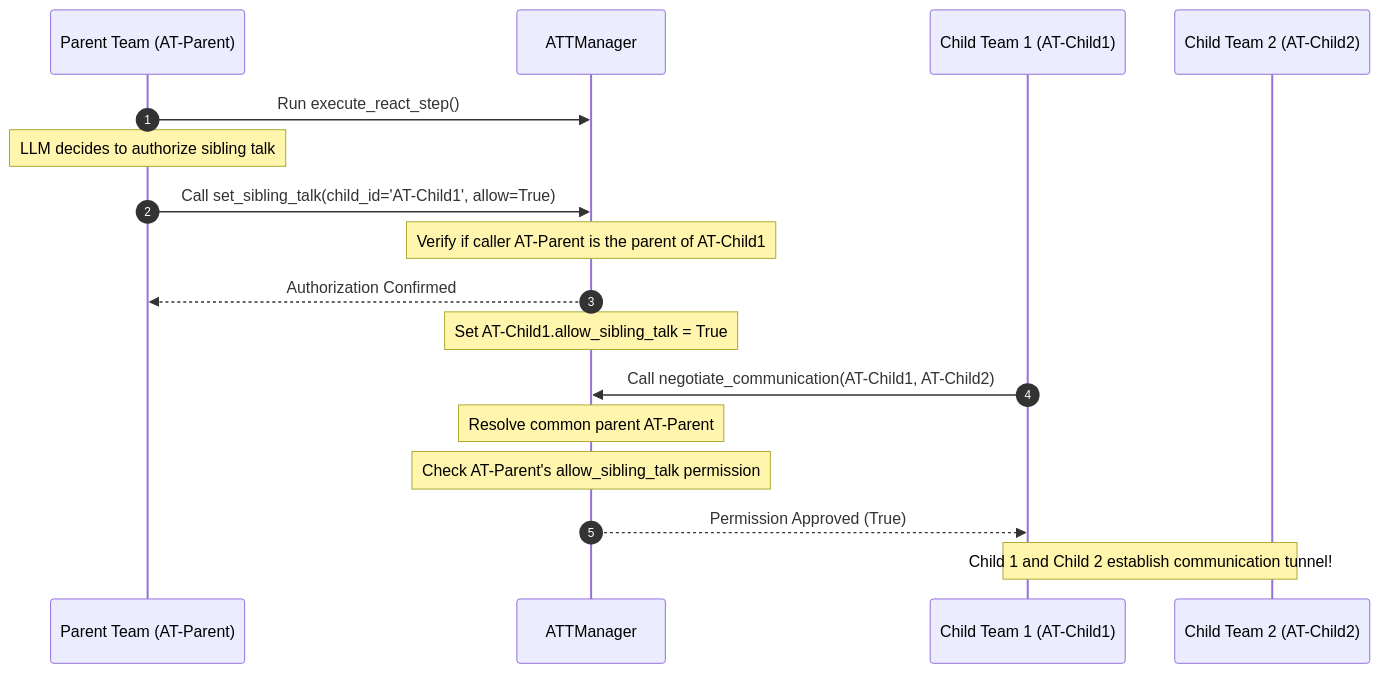
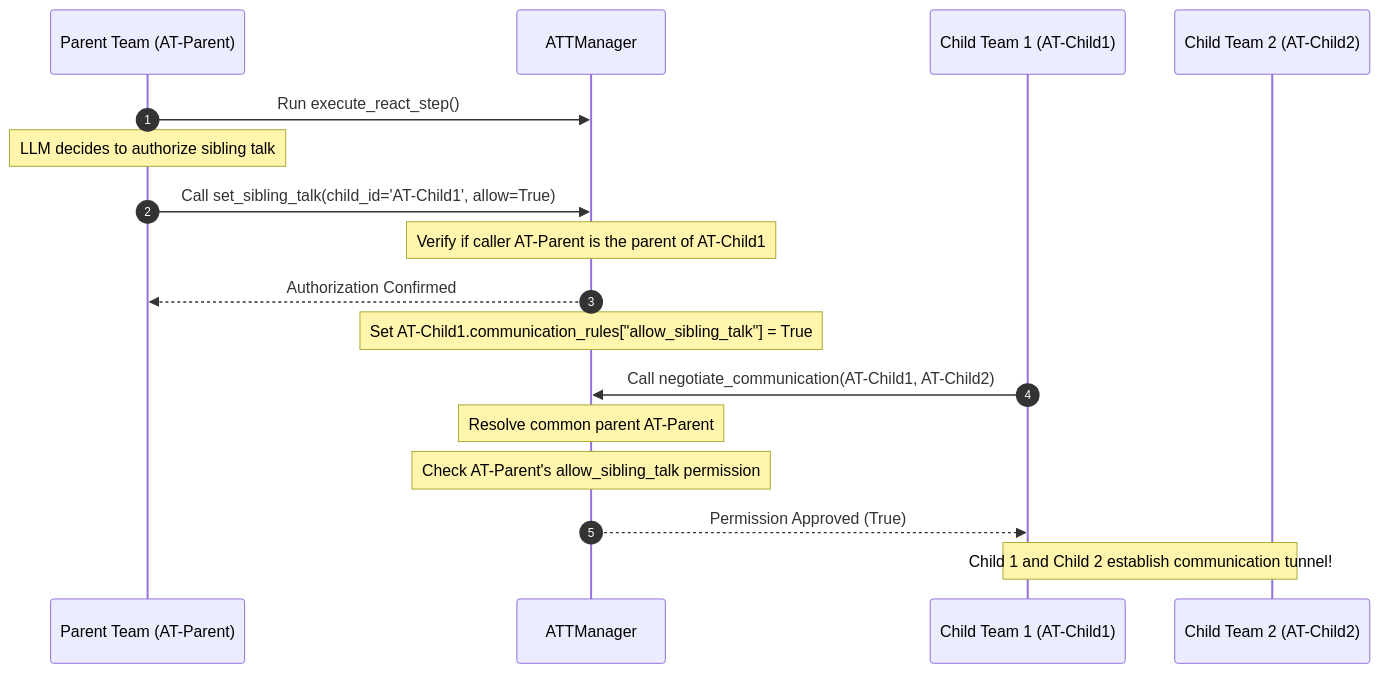
One commit to AI-Team-Team/AI-Team-Team changed the second of 4 diagrams in docs/flowcharts/Spawning_Escalation.md. Above: the diagram before and after it, drawn with Mermaid. The commit also changed other lines of this file and 14 other files, not shown here.

````diff
--- a/docs/flowcharts/Spawning_Escalation.md
+++ b/docs/flowcharts/Spawning_Escalation.md
@@ -42,21 +42,21 @@
 ```mermaid
 sequenceDiagram
     autonumber
     participant Parent as Parent Team (AT-Parent)
     participant Manager as ATTManager
     participant Child1 as Child Team 1 (AT-Child1)
     participant Child2 as Child Team 2 (AT-Child2)
     
     Parent->>Manager: Run execute_react_step()
     Note over Parent: LLM decides to authorize sibling talk
     Parent->>Manager: Call set_sibling_talk(child_id='AT-Child1', allow=True)
     Note over Manager: Verify if caller AT-Parent is the parent of AT-Child1
     Manager-->>Parent: Authorization Confirmed
-    Note over Manager: Set AT-Child1.allow_sibling_talk = True
+    Note over Manager: Set AT-Child1.communication_rules["allow_sibling_talk"] = True
     
     Child1->>Manager: Call negotiate_communication(AT-Child1, AT-Child2)
     Note over Manager: Resolve common parent AT-Parent
     Note over Manager: Check AT-Parent's allow_sibling_talk permission
     Manager-->>Child1: Permission Approved (True)
     Note over Child1, Child2: Child 1 and Child 2 establish communication tunnel!
 ```
````
